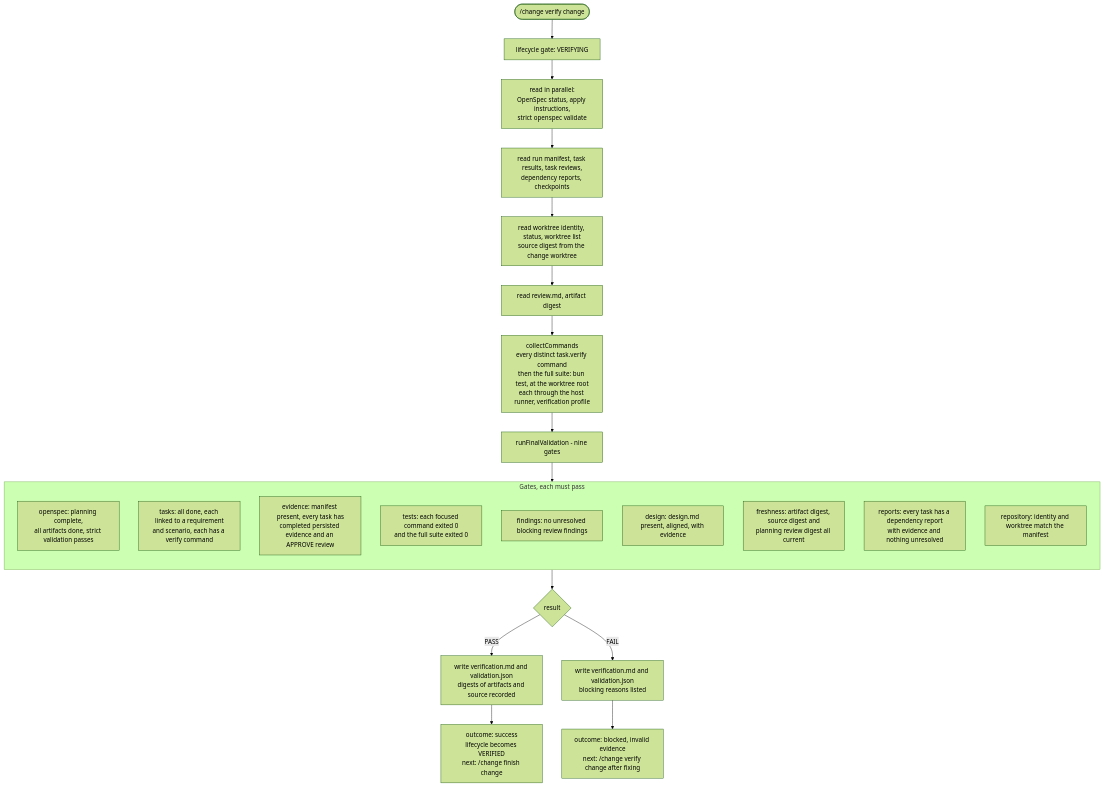
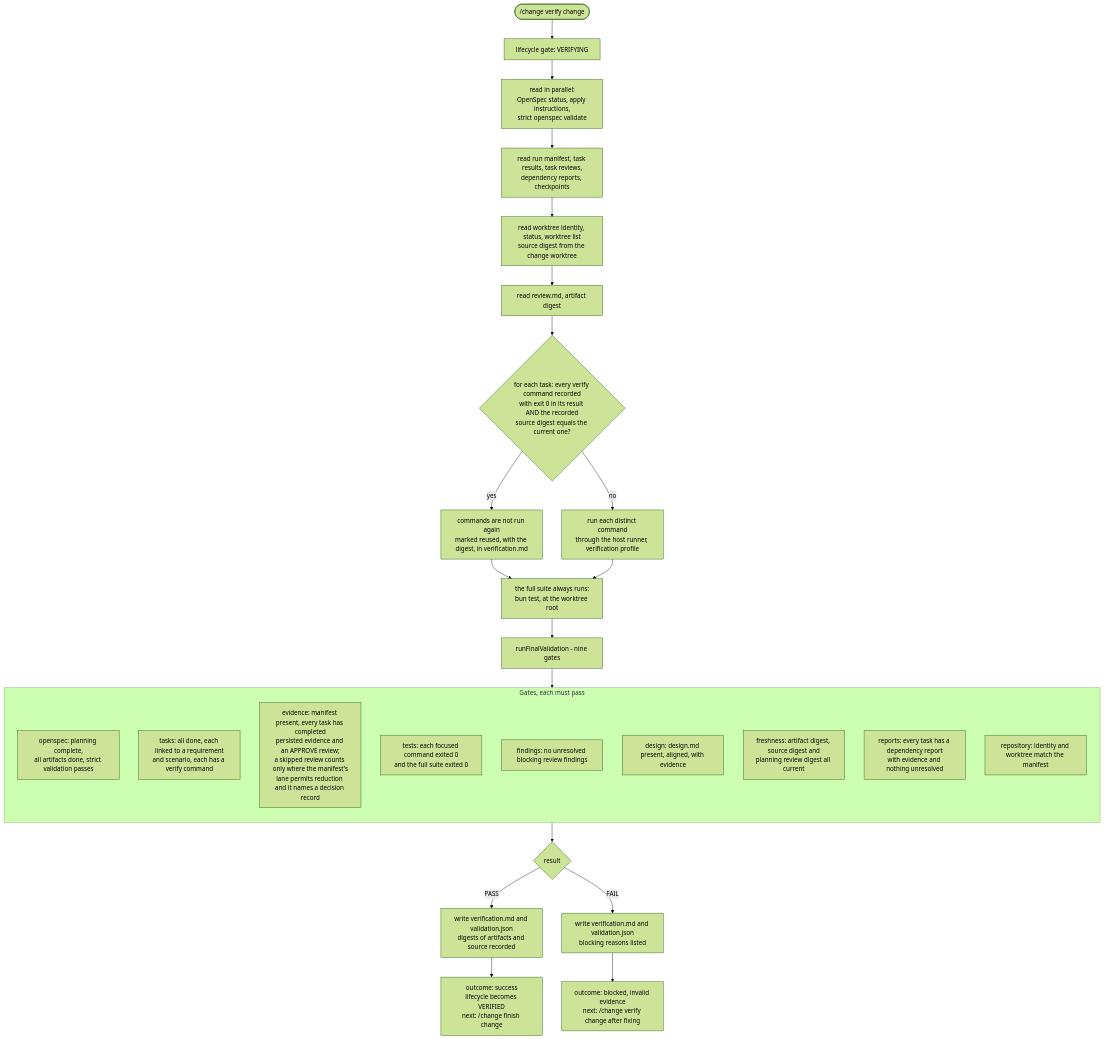
Before and after one commit to john-wennstrom/muster: diagram 11 of 14 in docs/command-flow.md, drawn with Mermaid (forest theme). The commit also changed other lines of this file and 381 other files, not shown here.

````diff
--- a/docs/command-flow.md
+++ b/docs/command-flow.md
@@ -520,29 +483,33 @@
 ```mermaid
 flowchart TD
   a(["/change verify change"]) --> g["lifecycle gate: VERIFYING"]
   g --> st["read in parallel:<br/>OpenSpec status, apply instructions,<br/>strict openspec validate"]
   st --> rd["read run manifest, task results, task reviews,<br/>dependency reports, checkpoints"]
   rd --> git["read worktree identity, status, worktree list<br/>source digest from the change worktree"]
   git --> plr["read review.md, artifact digest"]
-  plr --> cmd["collectCommands<br/>every distinct task.verify command<br/>then the full suite: bun test, at the worktree root<br/>each through the host runner, verification profile"]
-  cmd --> val["runFinalValidation - nine gates"]
+  plr --> reuse{"for each task: every verify command recorded<br/>with exit 0 in its result AND the recorded<br/>source digest equals the current one?"}
+  reuse -- yes --> reused["commands are not run again<br/>marked reused, with the digest, in verification.md"]
+  reuse -- no --> cmd["run each distinct command<br/>through the host runner, verification profile"]
+  reused --> full
+  cmd --> full["the full suite always runs:<br/>bun test, at the worktree root"]
+  full --> val["runFinalValidation - nine gates"]
 
   subgraph gates["Gates, each must pass"]
     direction TB
     g1["openspec: planning complete,<br/>all artifacts done, strict validation passes"]
     g2["tasks: all done, each linked to a requirement<br/>and scenario, each has a verify command"]
-    g3["evidence: manifest present, every task has<br/>completed persisted evidence and an APPROVE review"]
+    g3["evidence: manifest present, every task has completed<br/>persisted evidence and an APPROVE review;<br/>a skipped review counts only where the manifest's<br/>lane permits reduction and it names a decision record"]
     g4["tests: each focused command exited 0<br/>and the full suite exited 0"]
     g5["findings: no unresolved blocking review findings"]
     g6["design: design.md present, aligned, with evidence"]
     g7["freshness: artifact digest, source digest and<br/>planning review digest all current"]
     g8["reports: every task has a dependency report<br/>with evidence and nothing unresolved"]
     g9["repository: identity and worktree match the manifest"]
   end
   val --> gates
   gates --> res{"result"}
   res -- PASS --> wp["write verification.md and validation.json<br/>digests of artifacts and source recorded"]
   res -- FAIL --> wf["write verification.md and validation.json<br/>blocking reasons listed"]
   wp --> okOut["outcome: success<br/>lifecycle becomes VERIFIED<br/>next: /change finish change"]
   wf --> failOut["outcome: blocked, invalid evidence<br/>next: /change verify change after fixing"]
 ```
````
